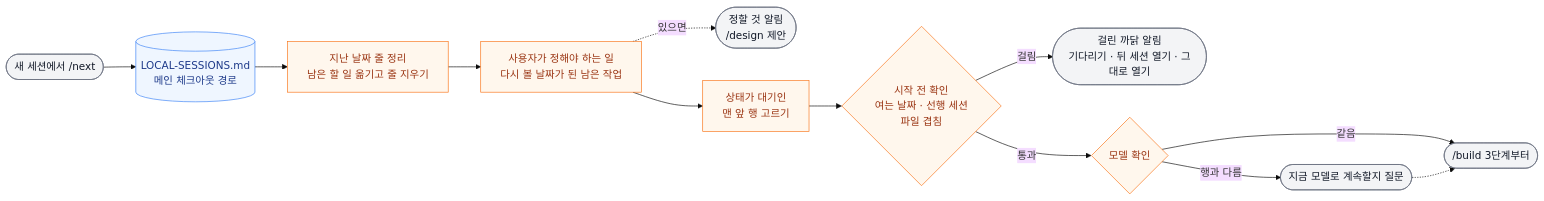
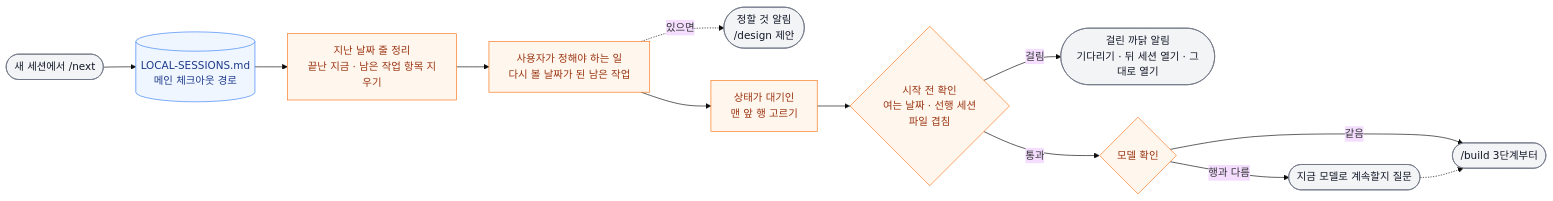
The third of 6 diagrams in workflow/skills-overview.md (hyewon3938/build-with-ai), drawn with Mermaid (base theme) before and after one commit. The commit also changed 8 other files, not shown here.

````diff
--- a/workflow/skills-overview.md
+++ b/workflow/skills-overview.md
@@ -93,22 +93,22 @@
 ```mermaid
 graph LR
     Q(["새 세션에서 /next"]) --> RD[("LOCAL-SESSIONS.md<br/>메인 체크아웃 경로")]
-    RD --> PS["지난 날짜 줄 정리<br/>남은 할 일 옮기고 줄 지우기"]
+    RD --> PS["지난 날짜 줄 정리<br/>끝난 지금 · 남은 작업 항목 지우기"]
     PS --> DU["사용자가 정해야 하는 일<br/>다시 볼 날짜가 된 남은 작업"]
     DU -.있으면.-> DS(["정할 것 알림<br/>/design 제안"])
     DU --> PK["상태가 대기인<br/>맨 앞 행 고르기"]
     PK --> CK{"시작 전 확인<br/>여는 날짜 · 선행 세션<br/>파일 겹침"}
     CK -->|걸림| ASK(["걸린 까닭 알림<br/>기다리기 · 뒤 세션 열기 · 그대로 열기"])
     CK -->|통과| MD{"모델 확인"}
     MD -->|행과 다름| ASK2(["지금 모델로 계속할지 질문"])
     MD -->|같음| BD(["/build 3단계부터"])
     ASK2 -.-> BD
 
     classDef io fill:#f3f4f6,stroke:#6b7280,color:#111827
     classDef judge fill:#fff7ed,stroke:#f97316,color:#9a3412
     classDef private fill:#eff6ff,stroke:#3b82f6,color:#1e3a8a
 
     class Q,ASK,ASK2,BD,DS io
     class PS,DU,PK,CK,MD judge
     class RD private
 ```
````
